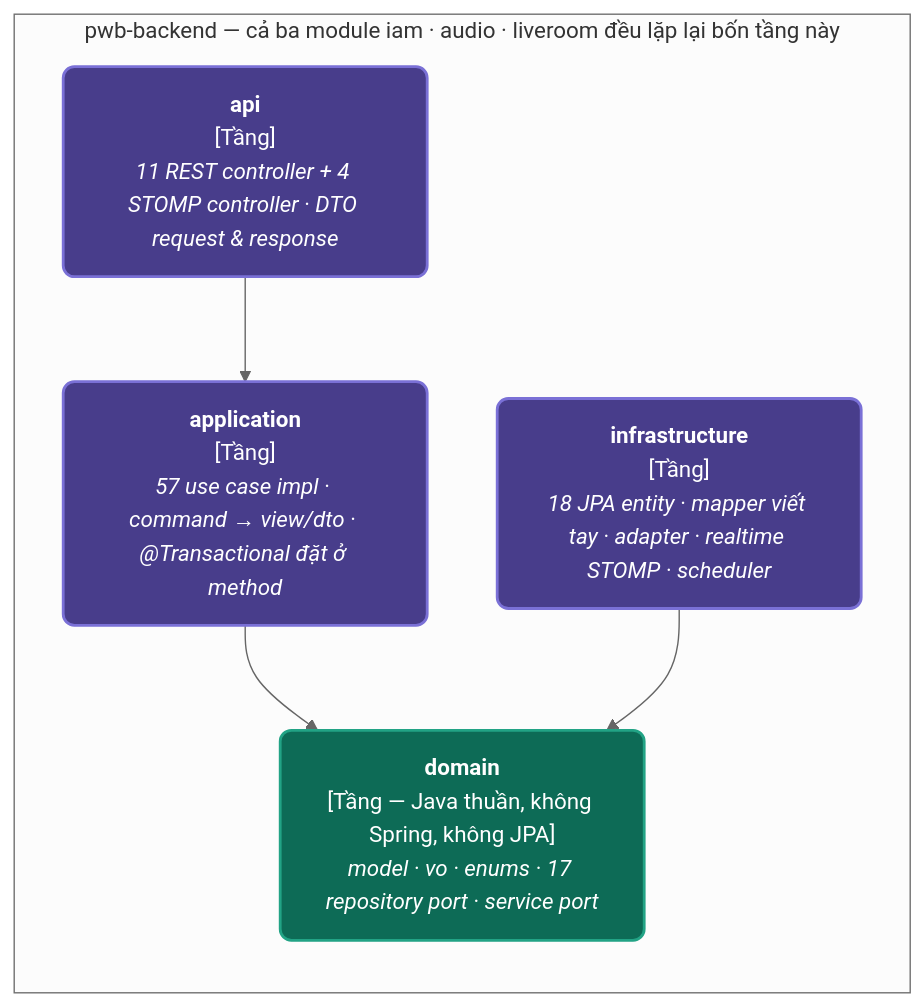
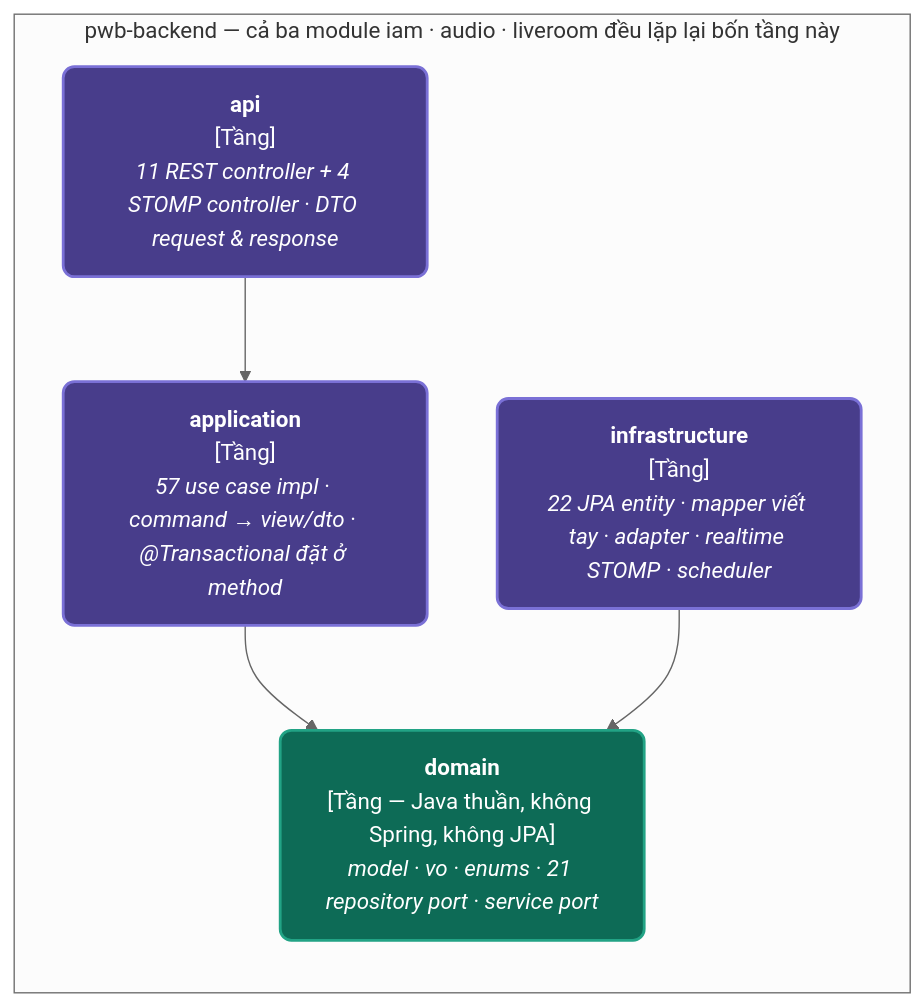
The diagram in docs/diagram/c4_level3_backend_layers.md (NguyenDucHoangNam/PWB_Mini), drawn with Mermaid (neutral theme) before and after one commit. The commit also changed other lines of this file and 11 other files, not shown here.

Commit message:
feat(showcase): expand interactive technical diagrams for containers, backend layers, and infra

````diff
--- a/docs/diagram/c4_level3_backend_layers.md
+++ b/docs/diagram/c4_level3_backend_layers.md
@@ -9,21 +9,21 @@
 ```mermaid
 graph TD
     classDef appBox fill:#483D8B,stroke:#7A70D6,stroke-width:2px,color:#FFFFFF,rx:8px,ry:8px;
     classDef domainBox fill:#0D6B56,stroke:#22A385,stroke-width:2px,color:#FFFFFF,rx:8px,ry:8px;
 
     subgraph BACKEND ["pwb-backend — cả ba module iam · audio · liveroom đều lặp lại bốn tầng này"]
         direction TD
         
         API["<b>api</b><br/>[Tầng]<br/><i>11 REST controller + 4 STOMP controller · DTO request & response</i>"]:::appBox
         
         APP["<b>application</b><br/>[Tầng]<br/><i>57 use case impl · command → view/dto · @Transactional đặt ở method</i>"]:::appBox
         
-        DOM["<b>domain</b><br/>[Tầng — Java thuần, không Spring, không JPA]<br/><i>model · vo · enums · 17 repository port · service port</i>"]:::domainBox
+        DOM["<b>domain</b><br/>[Tầng — Java thuần, không Spring, không JPA]<br/><i>model · vo · enums · 21 repository port · service port</i>"]:::domainBox
         
-        INFRA["<b>infrastructure</b><br/>[Tầng]<br/><i>18 JPA entity · mapper viết tay · adapter · realtime STOMP · scheduler</i>"]:::appBox
+        INFRA["<b>infrastructure</b><br/>[Tầng]<br/><i>22 JPA entity · mapper viết tay · adapter · realtime STOMP · scheduler</i>"]:::appBox
 
         API --> APP
         APP --> DOM
         INFRA --> DOM
     end
 ```
````
